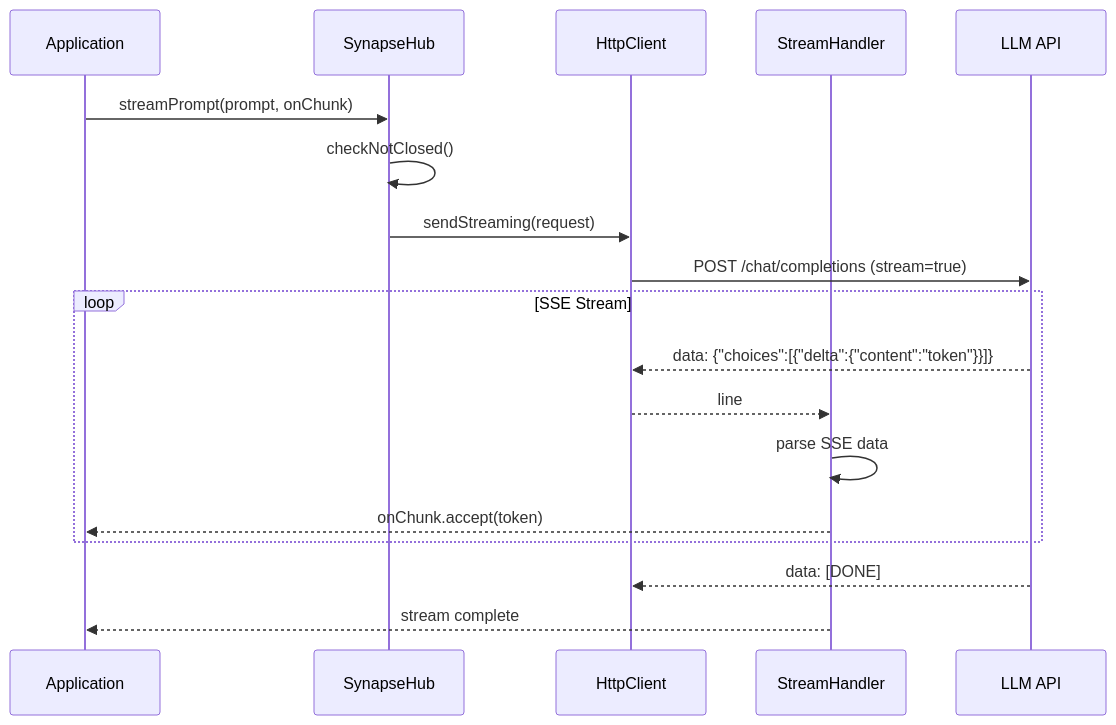
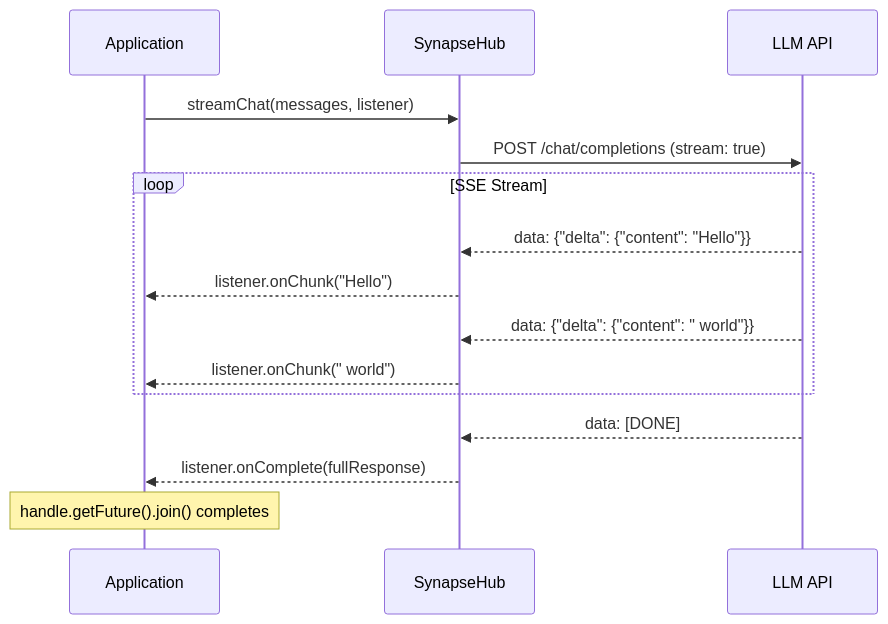
Before and after one commit to Abhiramrathod/synapse: the fourth of 4 diagrams in README.md, drawn with Mermaid. The commit also changed other lines of this file and 11 other files, not shown here.

Commit message:
feat: update code examples and documentation for prompt and chat requests, enhance request options handling, and add architecture and flow diagrams

````diff
--- a/README.md
+++ b/README.md
@@ -291,23 +359,20 @@
 ```mermaid
 sequenceDiagram
     participant App as Application
     participant Hub as SynapseHub
-    participant Client as HttpClient
-    participant Stream as StreamHandler
-    participant LLM as LLM API
-    
-    App->>Hub: streamPrompt(prompt, onChunk)
-    Hub->>Hub: checkNotClosed()
-    Hub->>Client: sendStreaming(request)
-    Client->>LLM: POST /chat/completions (stream=true)
-    
+    participant API as LLM API
+
+    App->>Hub: streamChat(messages, listener)
+    Hub->>API: POST /chat/completions (stream: true)
+
     loop SSE Stream
-        LLM-->>Client: data: {"choices":[{"delta":{"content":"token"}}]}
-        Client-->>Stream: line
-        Stream->>Stream: parse SSE data
-        Stream-->>App: onChunk.accept(token)
+        API-->>Hub: data: {"delta": {"content": "Hello"}}
+        Hub-->>App: listener.onChunk("Hello")
+        API-->>Hub: data: {"delta": {"content": " world"}}
+        Hub-->>App: listener.onChunk(" world")
     end
-    
-    LLM-->>Client: data: [DONE]
-    Stream-->>App: stream complete
+
+    API-->>Hub: data: [DONE]
+    Hub-->>App: listener.onComplete(fullResponse)
+    Note over App: handle.getFuture().join() completes
 ```
````
